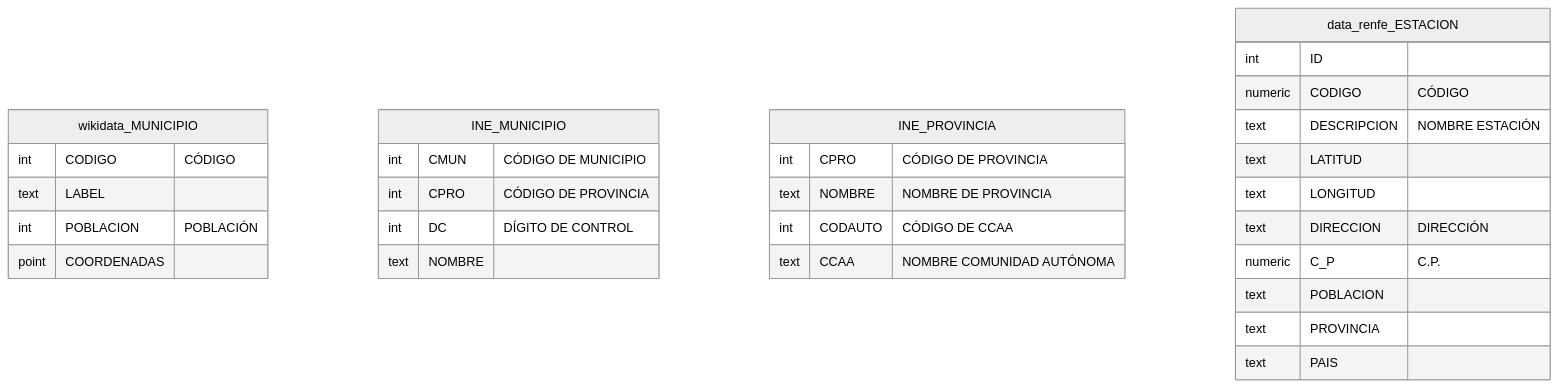
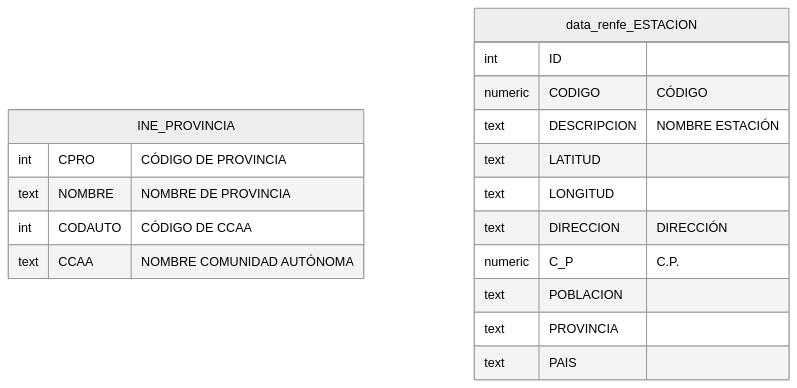
The second of 4 diagrams in EsquemasOrigen.md (xXaceitunaXx/Tren-ES), drawn with Mermaid (neutral theme) before and after one commit. The commit also changed other lines of this file, not shown here.

Commit message:
terminada la explicación de los esquemas origen

````diff
--- a/EsquemasOrigen.md
+++ b/EsquemasOrigen.md
@@ -30,36 +52,22 @@
 ```mermaid
 erDiagram
-    wikidata_MUNICIPIO {
-        int CODIGO "CÓDIGO"
-        text LABEL
-        int POBLACION "POBLACIÓN"
-        point COORDENADAS
-    }
-
-    INE_MUNICIPIO {
-        int CMUN "CÓDIGO DE MUNICIPIO"
-        int CPRO "CÓDIGO DE PROVINCIA"
-        int DC "DÍGITO DE CONTROL"
-        text NOMBRE
-    }
-
     INE_PROVINCIA {
         int CPRO "CÓDIGO DE PROVINCIA"
         text NOMBRE "NOMBRE DE PROVINCIA"
         int CODAUTO "CÓDIGO DE CCAA"
         text CCAA "NOMBRE COMUNIDAD AUTÓNOMA"
     }
 
     data_renfe_ESTACION {
         int ID
         numeric CODIGO "CÓDIGO"
         text DESCRIPCION "NOMBRE ESTACIÓN"
         text LATITUD
         text LONGITUD
         text DIRECCION "DIRECCIÓN"
         numeric C_P "C.P."
         text POBLACION
         text PROVINCIA
         text PAIS
     }
 ```
````
